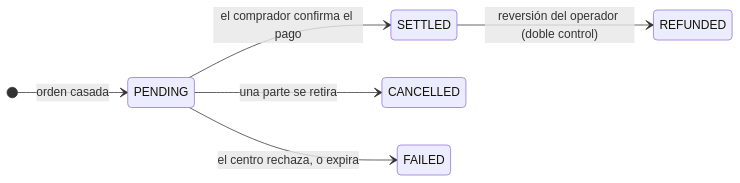
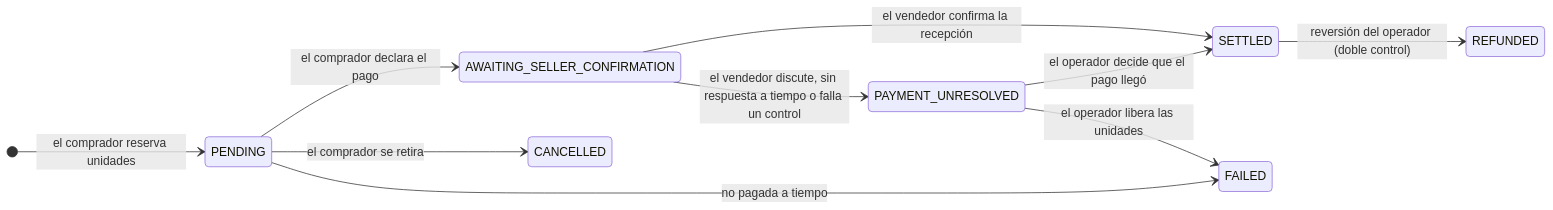
The diagram in docs/customer/lifecycle/secondary-market.es.md (makibytes/registerwerk), drawn with Mermaid before and after one commit. The commit also changed other lines of this file and 297 other files, not shown here.

````diff
--- a/docs/customer/lifecycle/secondary-market.es.md
+++ b/docs/customer/lifecycle/secondary-market.es.md
@@ -89,9 +95,13 @@
 ```mermaid
 stateDiagram-v2
     direction LR
-    [*] --> PENDING: orden casada
-    PENDING --> SETTLED: el comprador confirma el pago
-    PENDING --> CANCELLED: una parte se retira
-    PENDING --> FAILED: el centro rechaza, o expira
+    [*] --> PENDING: el comprador reserva unidades
+    PENDING --> AWAITING_SELLER_CONFIRMATION: el comprador declara el pago
+    PENDING --> CANCELLED: el comprador se retira
+    PENDING --> FAILED: no pagada a tiempo
+    AWAITING_SELLER_CONFIRMATION --> SETTLED: el vendedor confirma la recepción
+    AWAITING_SELLER_CONFIRMATION --> PAYMENT_UNRESOLVED: el vendedor discute, sin respuesta a tiempo o falla un control
+    PAYMENT_UNRESOLVED --> SETTLED: el operador decide que el pago llegó
+    PAYMENT_UNRESOLVED --> FAILED: el operador libera las unidades
     SETTLED --> REFUNDED: reversión del operador (doble control)
 ```
````
